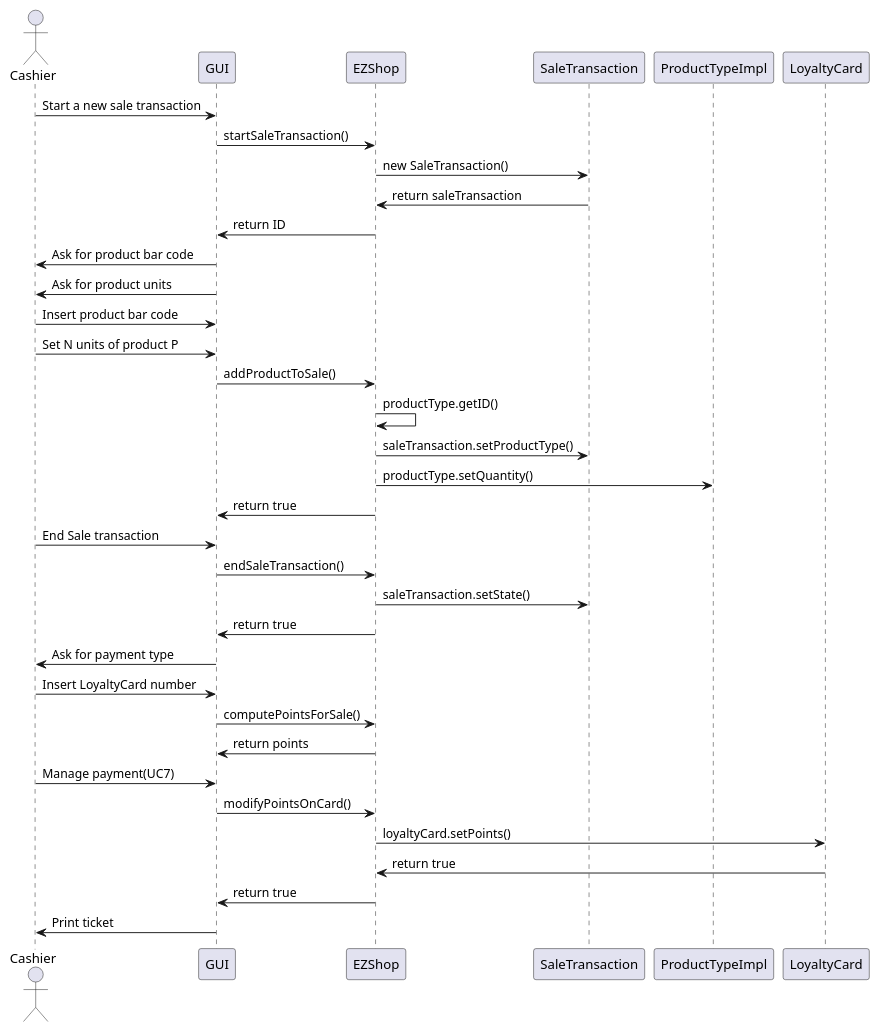
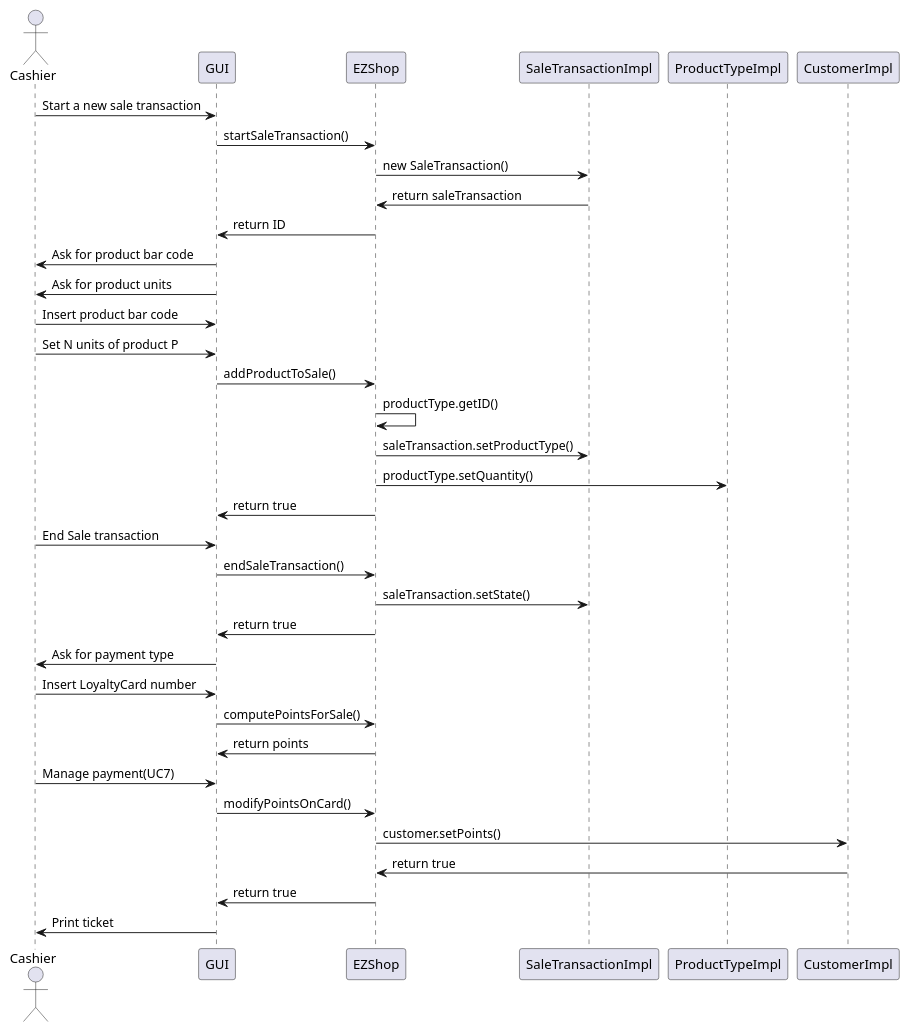
One commit to ThePiromaximus/ezshop changed diagram 14 of 19 in Deliverables/DesignDocument.md. Above: the diagram before and after it, drawn with PlantUML. The commit also changed other lines of this file, not shown here.

Commit message:
Updated sequence diagram of Scenario 6.2, Scenario 6.4 and Scenario 10.1 in DesignDocument.md

````diff
--- a/Deliverables/DesignDocument.md
+++ b/Deliverables/DesignDocument.md
@@ -464,33 +465,33 @@
 ```plantuml
 @startuml
 actor Cashier
 Cashier -> GUI: Start a new sale transaction
 GUI  -> EZShop: startSaleTransaction()
-EZShop -> SaleTransaction: new SaleTransaction()
-EZShop <- SaleTransaction: return saleTransaction
+EZShop -> SaleTransactionImpl: new SaleTransaction()
+EZShop <- SaleTransactionImpl: return saleTransaction
 GUI <- EZShop: return ID
 GUI -> Cashier: Ask for product bar code
 GUI -> Cashier: Ask for product units
 Cashier -> GUI: Insert product bar code
 Cashier -> GUI: Set N units of product P
 GUI  -> EZShop: addProductToSale()
 EZShop -> EZShop: productType.getID()
-EZShop -> SaleTransaction: saleTransaction.setProductType()
+EZShop -> SaleTransactionImpl: saleTransaction.setProductType()
 EZShop -> ProductTypeImpl: productType.setQuantity()
 EZShop -> GUI: return true
 Cashier -> GUI: End Sale transaction
 GUI  -> EZShop: endSaleTransaction()
-EZShop -> SaleTransaction: saleTransaction.setState()
+EZShop -> SaleTransactionImpl: saleTransaction.setState()
 GUI <- EZShop: return true
 Cashier <- GUI: Ask for payment type
 Cashier -> GUI: Insert LoyaltyCard number
 GUI -> EZShop: computePointsForSale() 
 EZShop -> GUI: return points 
 Cashier -> GUI: Manage payment(UC7)
 GUI -> EZShop: modifyPointsOnCard()
-EZShop -> LoyaltyCard: loyaltyCard.setPoints()
-EZShop <- LoyaltyCard: return true
+EZShop -> CustomerImpl: customer.setPoints()
+EZShop <- CustomerImpl: return true
 EZShop -> GUI: return true
 Cashier <- GUI: Print ticket
 @enduml
 ```
````
